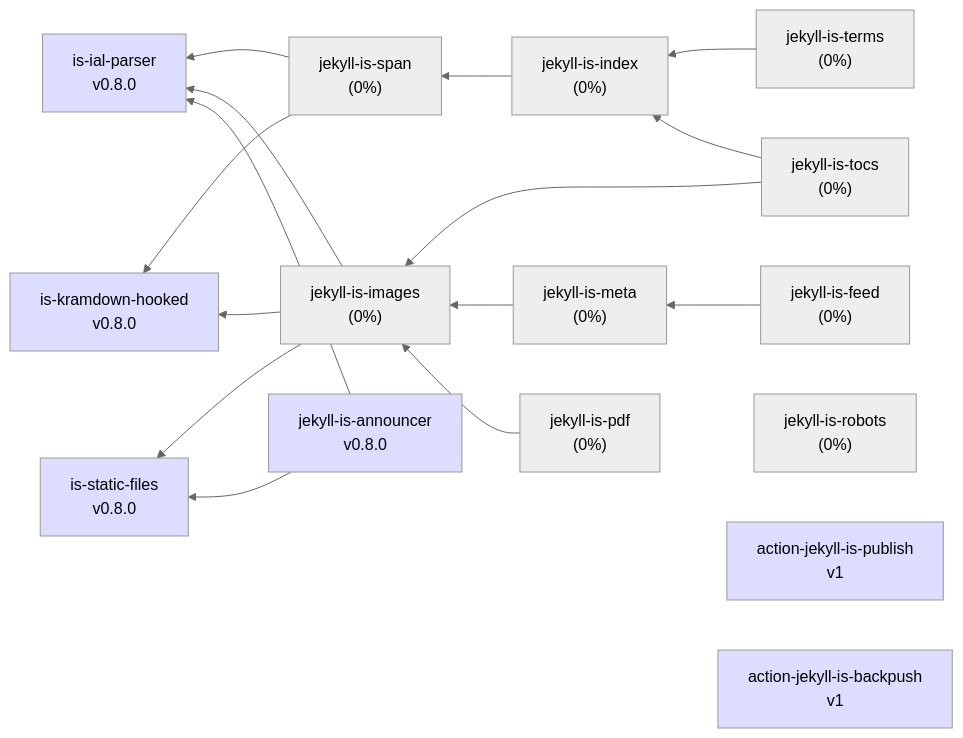
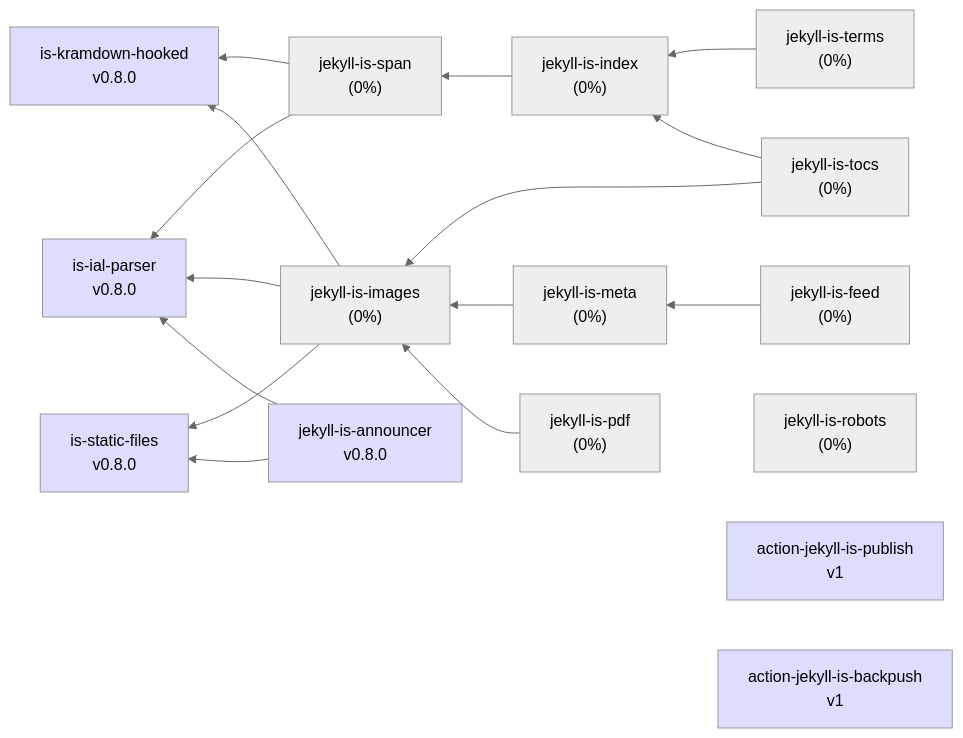
Before and after one commit to jekyll-is/.github: the diagram in profile/README.md, drawn with Mermaid (neutral theme).

````diff
--- a/profile/README.md
+++ b/profile/README.md
@@ -7,59 +7,59 @@
 ```mermaid
 graph RL
   kramdown["is-kramdown-hooked<br>v0.8.0"]
   ial["is-ial-parser<br>v0.8.0"]
   statics["is-static-files<br>v0.8.0"]
-  span["jekyll-is-span<br>(0%)"] --> ial
-  span --> kramdown
-  index["jekyll-is-index<br>(0%)"] --> span
-  abbr["jekyll-is-terms<br>(0%)"] --> index
+  span["jekyll-is-span<br>(0%)"] --> kramdown
+  span --> ial
   images["jekyll-is-images<br>(0%)"] --> ial
   images --> kramdown
   images --> statics
+  index["jekyll-is-index<br>(0%)"] --> span
+  abbr["jekyll-is-terms<br>(0%)"] --> index
   tocs["jekyll-is-tocs<br>(0%)"] --> images
   tocs --> index
   meta["jekyll-is-meta<br>(0%)"] --> images
   feed["jekyll-is-feed<br>(0%)"] --> meta
   robots["jekyll-is-robots<br>(0%)"]
   announcer["jekyll-is-announcer<br>v0.8.0"] --> statics
   announcer --> ial
   act-publish["action-jekyll-is-publish<br>v1"]
   act-backpush["action-jekyll-is-backpush<br>v1"]
   pdf["jekyll-is-pdf<br>(0%)"] --> images
 
 click ial "https://github.com/jekyll-is/is-ial-parser"
 click kramdown "https://github.com/jekyll-is/is-kramdown-hooked"
 click announcer "https://github.com/jekyll-is/jekyll-is-announcer"
 click act-publish "https://github.com/jekyll-is/action-jekyll-is-publish"
 click act-backpush "https://github.com/jekyll-is/action-jekyll-is-backpush"
 click images "https://github.com/jekyll-is/jekyll-is-images"
 click robots "https://github.com/jekyll-is/jekyll-is-robots"
 click meta "https://github.com/jekyll-is/jekyll-is-meta"
 click pdf "https://github.com/jekyll-is/jekyll-is-pdf"
 click tocs "https://github.com/jekyll-is/jekyll-is-tocs"
 click feed "https://github.com/jekyll-is/jekyll-is-feed"
 click index "https://github.com/jekyll-is/jekyll-is-index"
 click span "https://github.com/jekyll-is/jekyll-is-span"
 click abbr "https://github.com/jekyll-is/jekyll-is-terms"
 click statics "https://github.com/jekyll-is/is-static-files"
 
 classDef green fill:#DFD
 classDef gray fill:#EEE
 classDef blue fill:#DDF
 
 class ial blue
 class kramdown blue
 class images gray
 class announcer blue
 class act-publish blue
 class act-backpush blue
 class pdf gray
 class span gray
 class index gray
 class feed gray
 class meta gray
 class robots gray
 class tocs gray
 class abbr gray
 class statics blue
 ```
````
